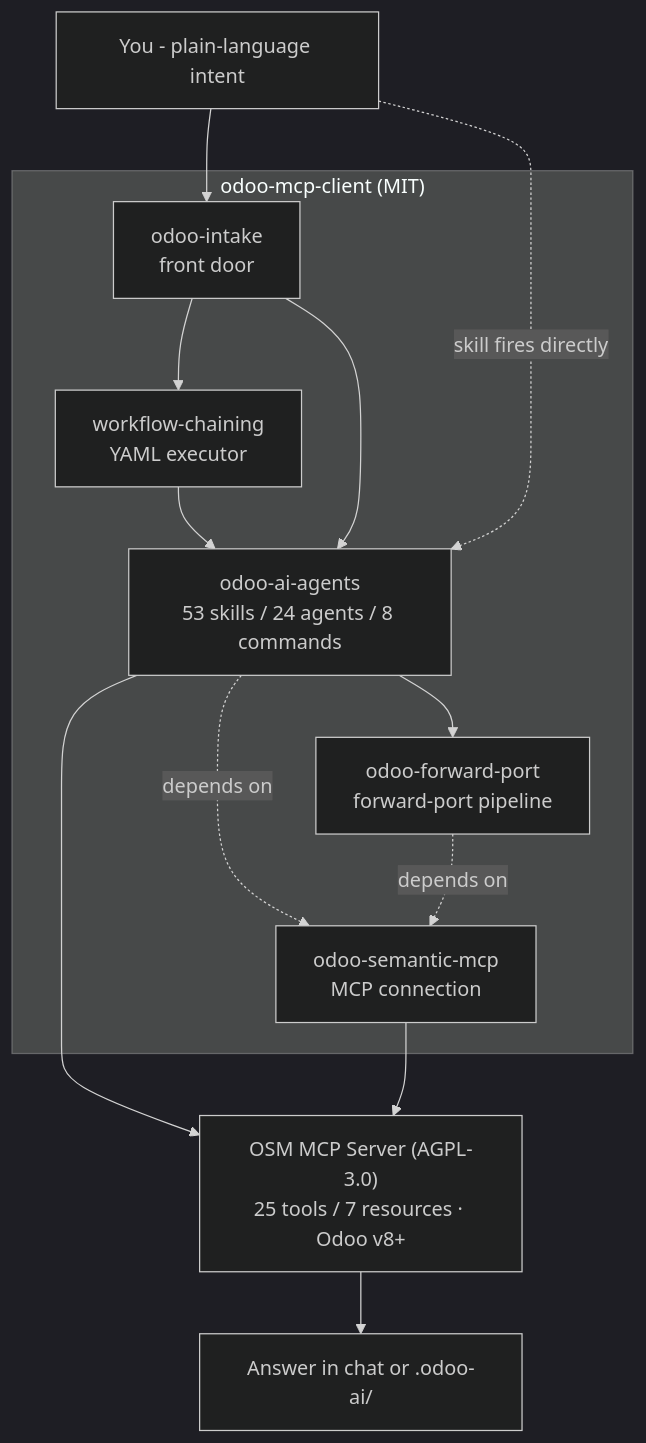
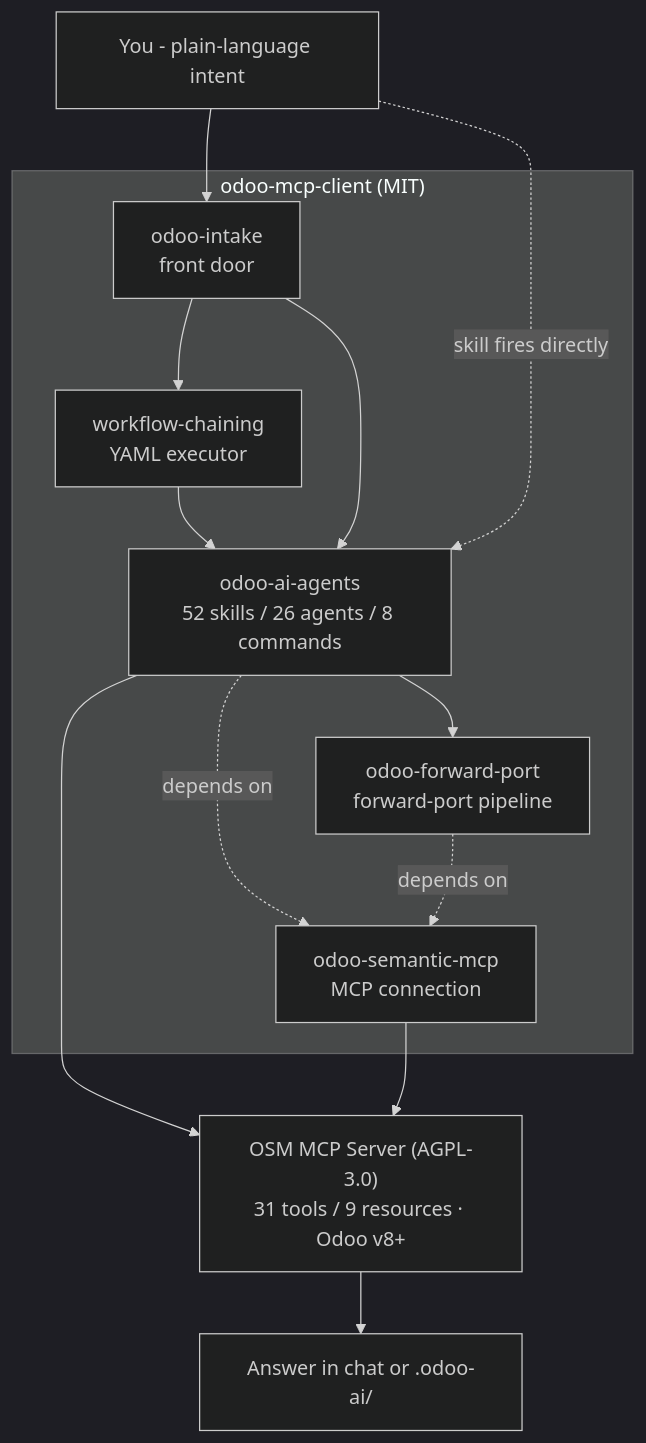
Before and after one commit to Viindoo/odoo-mcp-client: the diagram in README.md, drawn with Mermaid (dark theme). The commit also changed other lines of this file and 22 other files, not shown here.

First line of the commit message:
chore(release): reconcile docs, mermaid, CHANGELOG, OSM count; regenerate SSOT artifacts; bump 4.9.0

````diff
--- a/README.md
+++ b/README.md
@@ -13,26 +13,26 @@
 ```mermaid
 flowchart TD
     You["You - plain-language intent"]
 
     subgraph client["odoo-mcp-client (MIT)"]
         intake["odoo-intake<br/>front door"]
         wfrunner["workflow-chaining<br/>YAML executor"]
-        skills["odoo-ai-agents<br/>53 skills / 24 agents / 8 commands"]
+        skills["odoo-ai-agents<br/>52 skills / 26 agents / 8 commands"]
         fp["odoo-forward-port<br/>forward-port pipeline"]
         mcp["odoo-semantic-mcp<br/>MCP connection"]
         intake --> wfrunner --> skills
         intake --> skills
         skills --> fp
         skills -. depends on .-> mcp
         fp -. depends on .-> mcp
     end
 
-    server["OSM MCP Server (AGPL-3.0)<br/>25 tools / 7 resources · Odoo v8+"]
+    server["OSM MCP Server (AGPL-3.0)<br/>31 tools / 9 resources · Odoo v8+"]
     out["Answer in chat or .odoo-ai/"]
 
     You --> intake
     You -. "skill fires directly" .-> skills
     skills --> server
     mcp --> server
     server --> out
 ```
````
